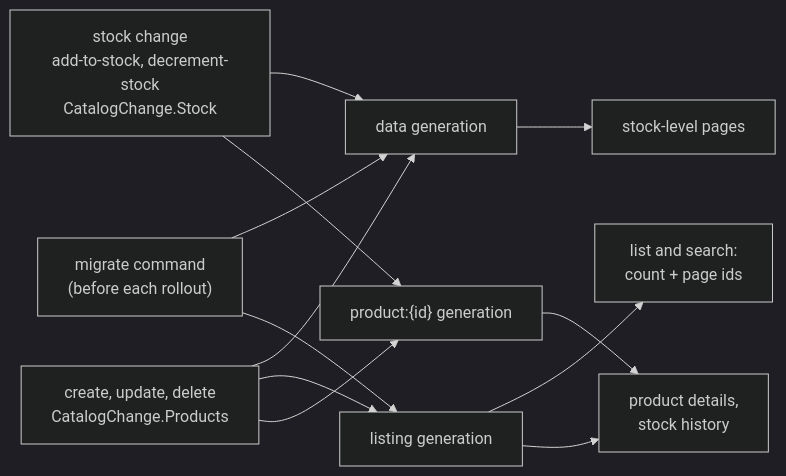
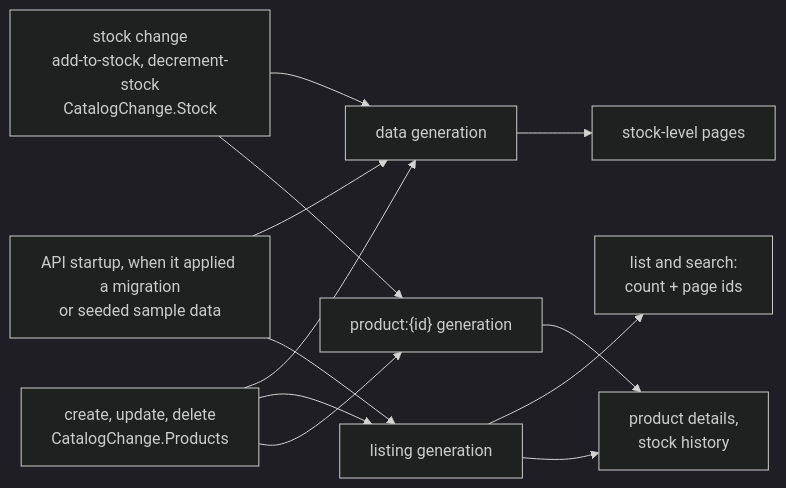
The third of 19 diagrams in docs/flows.md (RubenCipriano/zeiss-product-management), drawn with Mermaid (dark theme) before and after one commit. The commit also changed other lines of this file and 18 other files, not shown here.

Commit message:
docs: migrations at API startup

````diff
--- a/docs/flows.md
+++ b/docs/flows.md
@@ -82,19 +82,19 @@
 ```mermaid
 flowchart LR
     stock["stock change<br/>add-to-stock, decrement-stock<br/>CatalogChange.Stock"]
     edit["create, update, delete<br/>CatalogChange.Products"]
-    mig["migrate command<br/>(before each rollout)"]
+    mig["API startup, when it applied a migration<br/>or seeded sample data"]
 
     dg["data generation"]
     lg["listing generation"]
     pgen["product:{id} generation"]
 
     stock --> dg & pgen
     edit --> dg & lg & pgen
     mig --> dg & lg
 
     dg --> sl["stock-level pages"]
     lg --> lists["list and search:<br/>count + page ids"]
     lg --> det["product details,<br/>stock history"]
     pgen --> det
 ```
````
